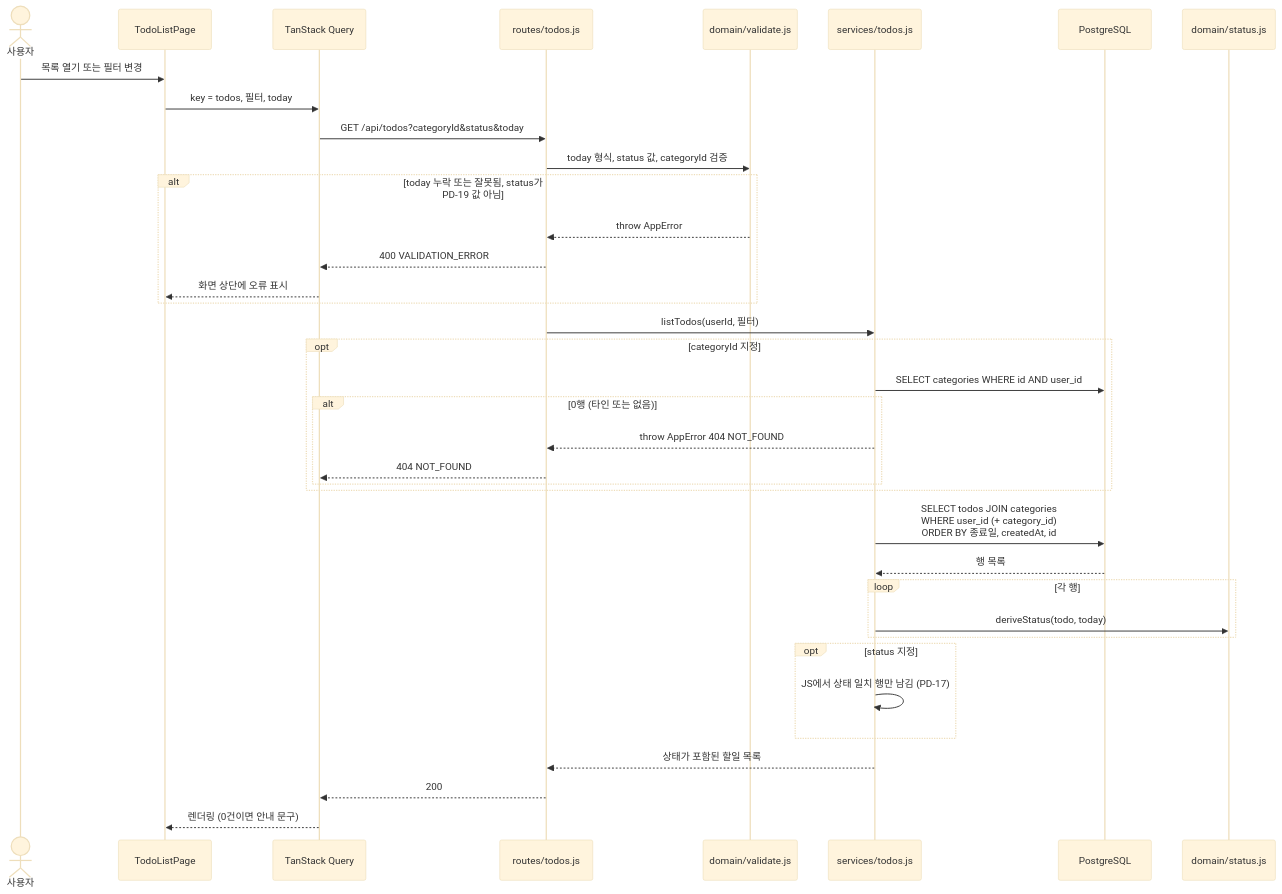
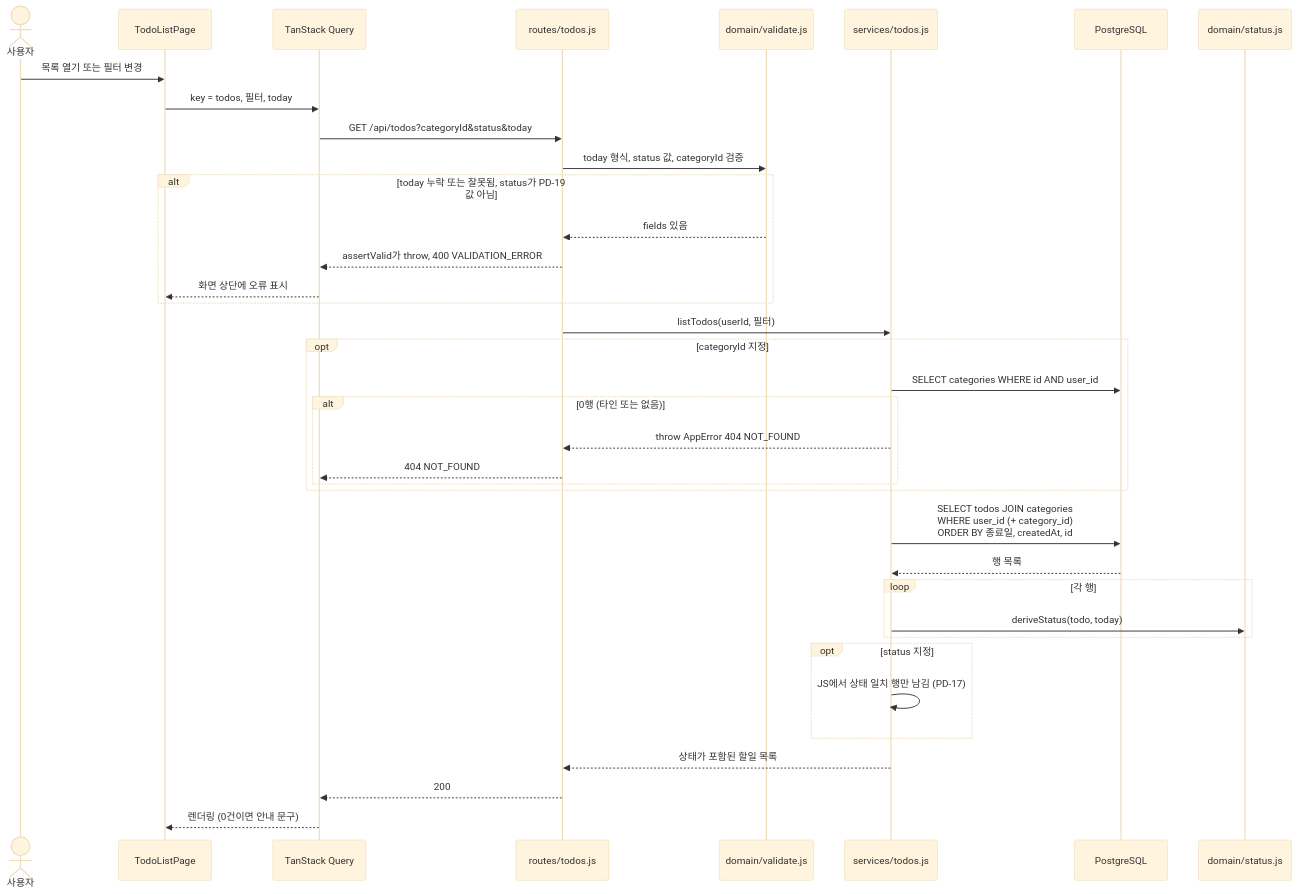
The sixth of 10 diagrams in docs/6-arch-diagram.md (pomyeong/todolist-app), drawn with Mermaid (base theme) before and after one commit. The commit also changed other lines of this file and 10 other files, not shown here.

````diff
--- a/docs/6-arch-diagram.md
+++ b/docs/6-arch-diagram.md
@@ -297,40 +316,40 @@
 ```mermaid
 sequenceDiagram
     actor U as 사용자
     participant FE as TodoListPage
     participant TQ as TanStack Query
     participant RT as routes/todos.js
     participant VD as domain/validate.js
     participant SV as services/todos.js
     participant DB as PostgreSQL
     participant ST as domain/status.js
 
     U->>FE: 목록 열기 또는 필터 변경
     FE->>TQ: key = todos, 필터, today
     TQ->>RT: GET /api/todos?categoryId&status&today
     RT->>VD: today 형식, status 값, categoryId 검증
     alt today 누락 또는 잘못됨, status가 PD-19 값 아님
-        VD-->>RT: throw AppError
-        RT-->>TQ: 400 VALIDATION_ERROR
+        VD-->>RT: fields 있음
+        RT-->>TQ: assertValid가 throw, 400 VALIDATION_ERROR
         TQ-->>FE: 화면 상단에 오류 표시
     end
     RT->>SV: listTodos(userId, 필터)
     opt categoryId 지정
         SV->>DB: SELECT categories WHERE id AND user_id
         alt 0행 (타인 또는 없음)
             SV-->>RT: throw AppError 404 NOT_FOUND
             RT-->>TQ: 404 NOT_FOUND
         end
     end
     SV->>DB: SELECT todos JOIN categories<br/>WHERE user_id (+ category_id)<br/>ORDER BY 종료일, createdAt, id
     DB-->>SV: 행 목록
     loop 각 행
         SV->>ST: deriveStatus(todo, today)
     end
     opt status 지정
         SV->>SV: JS에서 상태 일치 행만 남김 (PD-17)
     end
     SV-->>RT: 상태가 포함된 할일 목록
     RT-->>TQ: 200
     TQ-->>FE: 렌더링 (0건이면 안내 문구)
 ```
````
